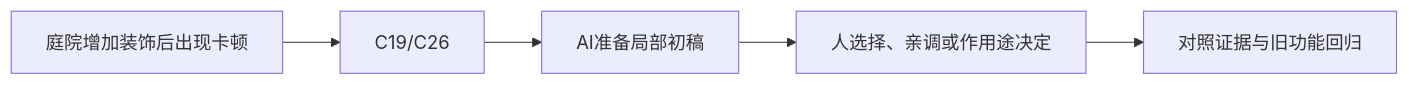
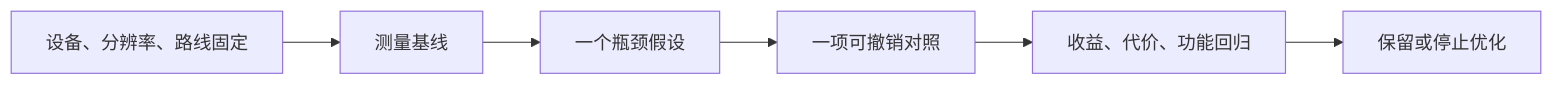
One commit to Zilur/ai-3d-game-learning changed the diagram in curriculum/lessons/B14.md. Above: the diagram before and after it, drawn with Mermaid. The commit also changed other lines of this file and 164 other files, not shown here.

Commit message:
docs: publish 47 step-by-step AI lesson flows, world upgrade and optional training corner

````diff
--- a/curriculum/lessons/B14.md
+++ b/curriculum/lessons/B14.md
@@ -38,7 +35,8 @@
 ```mermaid
 flowchart LR
-  S["庭院增加装饰后出现卡顿"] --> K["C19/C26"]
-  K --> AI["AI准备局部初稿"]
-  AI --> H["人选择、亲调或作用途决定"]
-  H --> V["对照证据与旧功能回归"]
+ C["设备、分辨率、路线固定"] --> B["测量基线"]
+ B --> H["一个瓶颈假设"]
+ H --> X["一项可撤销对照"]
+ X --> D["收益、代价、功能回归"]
+ D --> K["保留或停止优化"]
 ```
````
